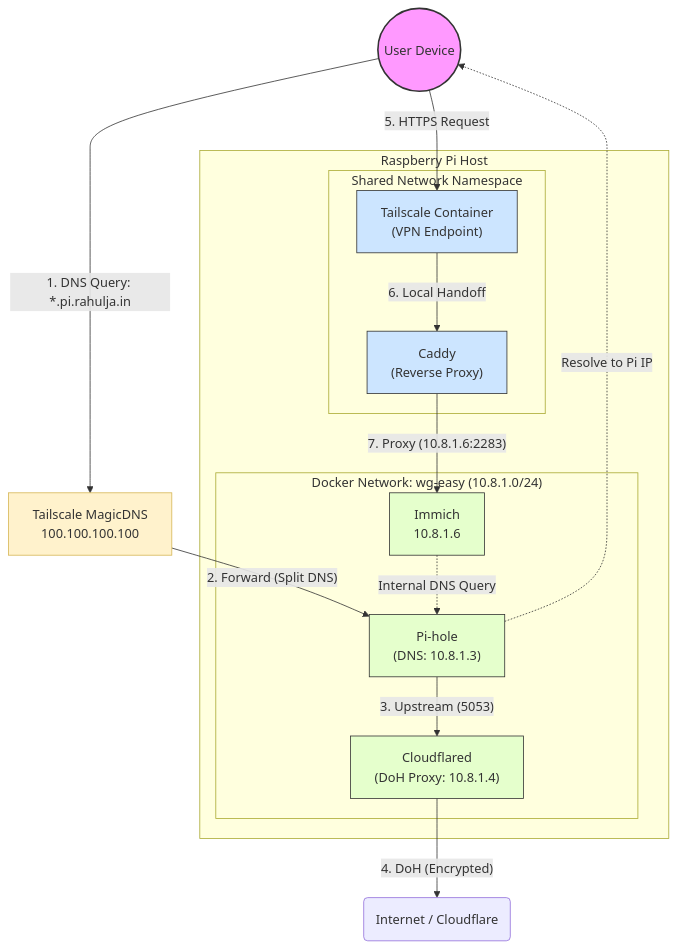
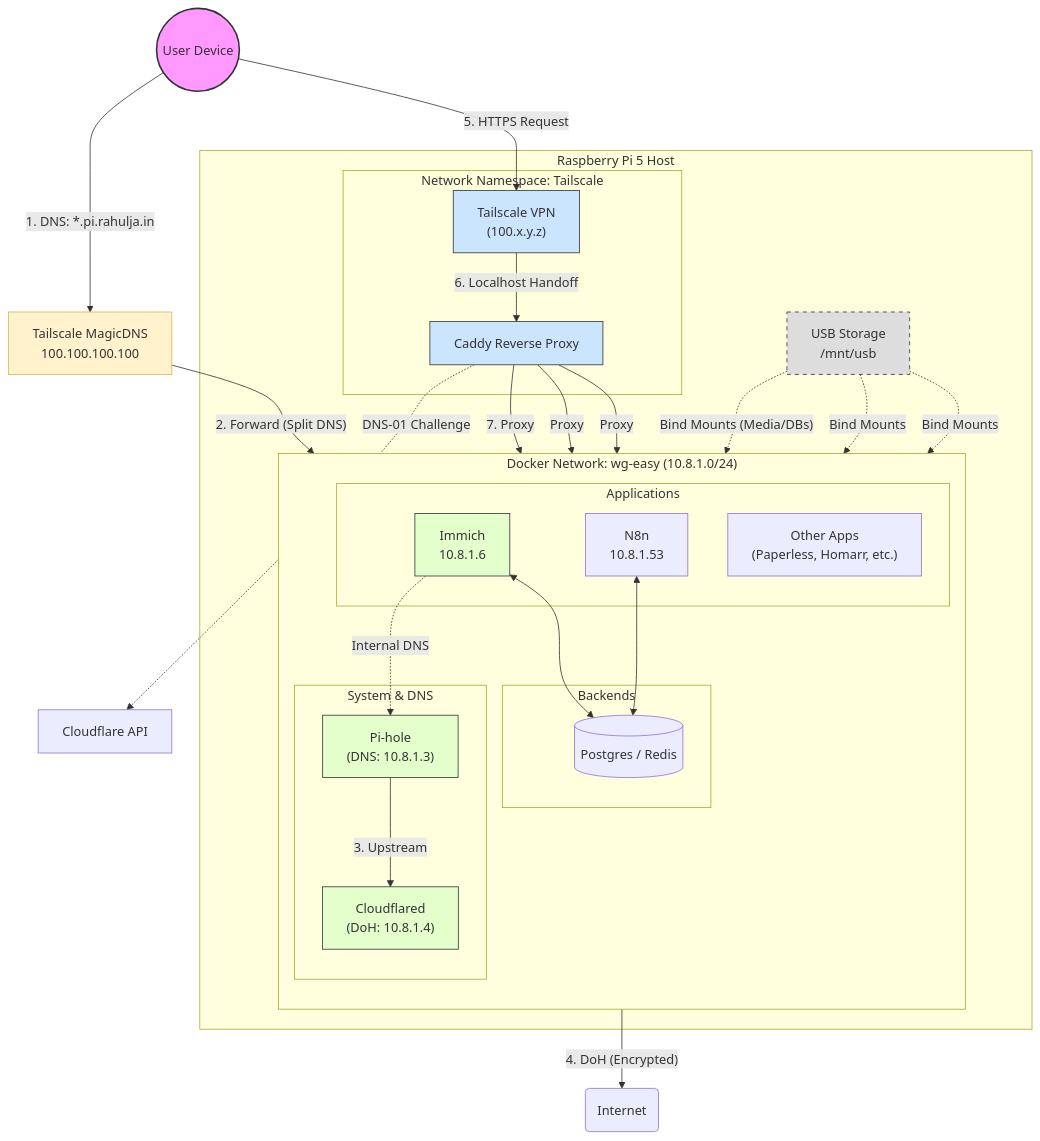
Before and after one commit to xRahul/Pi-setup: the diagram in README.md, drawn with Mermaid. The commit also changed other lines of this file, not shown here.

Commit message:
docs: update arch diagram with comprehensive view (storage, networking, backends)

````diff
--- a/README.md
+++ b/README.md
@@ -19,42 +19,76 @@
 ```mermaid
 graph TD
+    %% --- External Entities ---
     user((User Device))
-    internet(Internet / Cloudflare)
+    internet(Internet)
+    cf_api[Cloudflare API]
+
+    %% --- Tailscale / Network Layer ---
     ts_dns[Tailscale MagicDNS<br/>100.100.100.100]
 
-    subgraph "Raspberry Pi Host"
-        subgraph "Shared Network Namespace"
-            ts["Tailscale Container<br/>(VPN Endpoint)"]
-            caddy["Caddy<br/>(Reverse Proxy)"]
+    subgraph "Raspberry Pi 5 Host"
+        
+        %% Physical Storage
+        usb[USB Storage<br/>/mnt/usb]
+
+        subgraph "Network Namespace: Tailscale"
+            ts["Tailscale VPN<br/>(100.x.y.z)"]
+            caddy["Caddy Reverse Proxy"]
         end
 
         subgraph "Docker Network: wg-easy (10.8.1.0/24)"
-            pihole["Pi-hole<br/>(DNS: 10.8.1.3)"]
-            cloudflared["Cloudflared<br/>(DoH Proxy: 10.8.1.4)"]
-            immich[Immich<br/>10.8.1.6]
+            direction TB
+            
+            subgraph "System & DNS"
+                pihole["Pi-hole<br/>(DNS: 10.8.1.3)"]
+                cloudflared["Cloudflared<br/>(DoH: 10.8.1.4)"]
+            end
+
+            subgraph "Applications"
+                immich["Immich<br/>10.8.1.6"]
+                n8n["N8n<br/>10.8.1.53"]
+                other_apps["Other Apps<br/>(Paperless, Homarr, etc.)"]
+            end
+
+            subgraph "Backends"
+                db[("Postgres / Redis")]
+            end
         end
     end
 
-    %% Flow 1: User DNS Resolution (Split DNS)
-    user -- "1. DNS Query: *.pi.rahulja.in" --> ts_dns
+    %% --- Data Persistence ---
+    usb -.->|"Bind Mounts (Media/DBs)"| immich
+    usb -.->|"Bind Mounts"| db
+    usb -.->|"Bind Mounts"| other_apps
+
+    %% --- DNS Resolution Flow ---
+    user -- "1. DNS: *.pi.rahulja.in" --> ts_dns
     ts_dns -- "2. Forward (Split DNS)" --> pihole
+    pihole -- "3. Upstream" --> cloudflared
+    cloudflared -- "4. DoH (Encrypted)" --> internet
+    immich -.->|"Internal DNS"| pihole
+
+    %% --- Access & Control Flow ---
+    user -- "5. HTTPS Request" --> ts
+    ts -- "6. Localhost Handoff" --> caddy
+    caddy -- "7. Proxy" --> immich
+    caddy -- "Proxy" --> n8n
+    caddy -- "Proxy" --> other_apps
     
-    %% Flow 2: DNS Resolution Chain
-    immich -.->|"Internal DNS Query"| pihole
-    pihole -- "3. Upstream (5053)" --> cloudflared
-    cloudflared -- "4. DoH (Encrypted)" --> internet
-    
-    %% Flow 3: Service Access
-    pihole -.->|"Resolve to Pi IP"| user
-    user -- "5. HTTPS Request" --> ts
-    ts -- "6. Local Handoff" --> caddy
-    caddy -- "7. Proxy (10.8.1.6:2283)" --> immich
+    %% --- Certificate Management ---
+    caddy -.->|"DNS-01 Challenge"| cf_api
 
+    %% --- Inter-Service Communication ---
+    immich <--> db
+    n8n <--> db
+
+    %% --- Styling ---
     style user fill:#f9f,stroke:#333,stroke-width:2px
     style ts_dns fill:#fff2cc,stroke:#d6b656
+    style usb fill:#ddd,stroke:#333,stroke-dasharray: 5 5
+    style caddy fill:#cce5ff,stroke:#333
     style ts fill:#cce5ff,stroke:#333
-    style caddy fill:#cce5ff,stroke:#333
     style pihole fill:#e5ffcc,stroke:#333
     style cloudflared fill:#e5ffcc,stroke:#333
     style immich fill:#e5ffcc,stroke:#333
 ```
````
